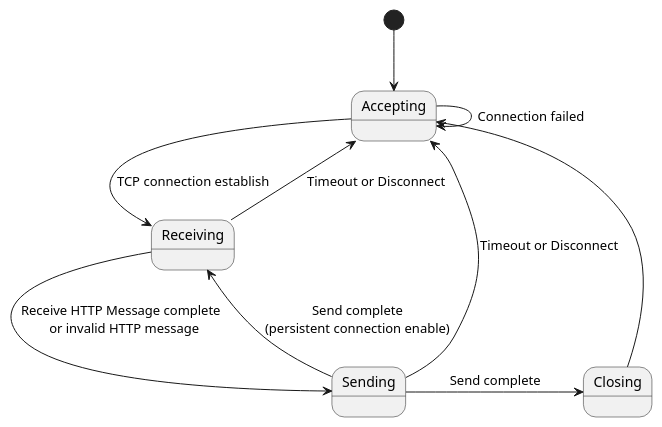
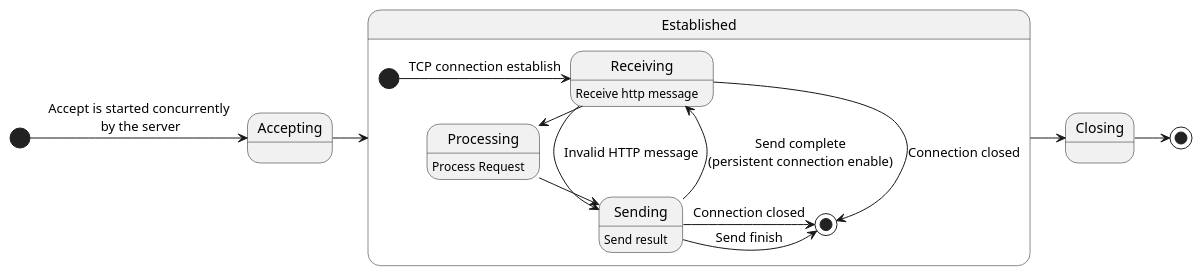
One commit to iwase22334/uma_document changed the diagram in software_design/dummyrace_statemachine.plantuml. Above: the diagram before and after it, drawn with PlantUML.

Commit message:
Documentation: update system over view

```diff
--- a/software_design/dummyrace_statemachine.plantuml
+++ b/software_design/dummyrace_statemachine.plantuml
@@ -1,17 +1,30 @@
 @startuml
-[*] --> Accepting
 
+state Accepting
 
+State Established {
 ' Normal system
-Accepting -> Receiving : TCP connection establish
-Receiving -> Sending : Receive HTTP Message complete \n or invalid HTTP message
-Sending -> Closing : Send complete
+state Receiving : Receive http message
+state Processing : Process Request 
+state Sending : Send result 
+
+[*] -> Receiving : TCP connection establish
+Receiving -> Processing: Receive HTTP Message complete \n or invalid HTTP message
+Receiving -> Sending : Invalid HTTP message
+Processing -> Sending : Process finish
+Sending -> [*] : Send finish
 Sending --> Receiving : Send complete\n(persistent connection enable) 
-Closing --> Accepting  
 
 ' Error system
-Accepting --> Accepting : Connection failed
-Receiving --> Accepting : Timeout or Disconnect
-Sending --> Accepting : Timeout or Disconnect
+Receiving -> [*] : Connection closed
+Sending -> [*] : Connection closed
+}
+
+state Closing
+
+[*] -> Accepting : Accept is started concurrently\n by the server
+Accepting -> Established
+Established -> Closing
+Closing -> [*]
 
 @enduml
```
